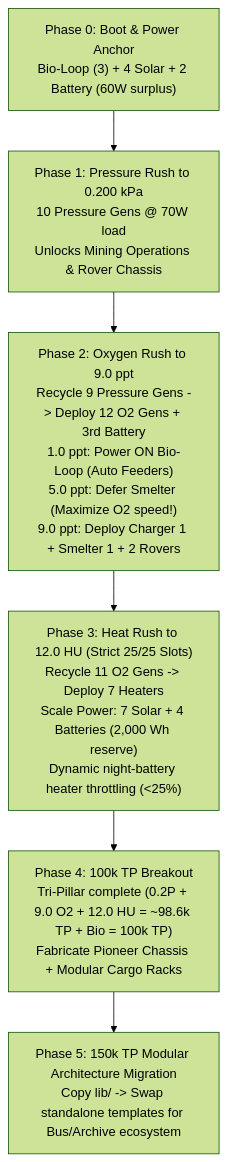
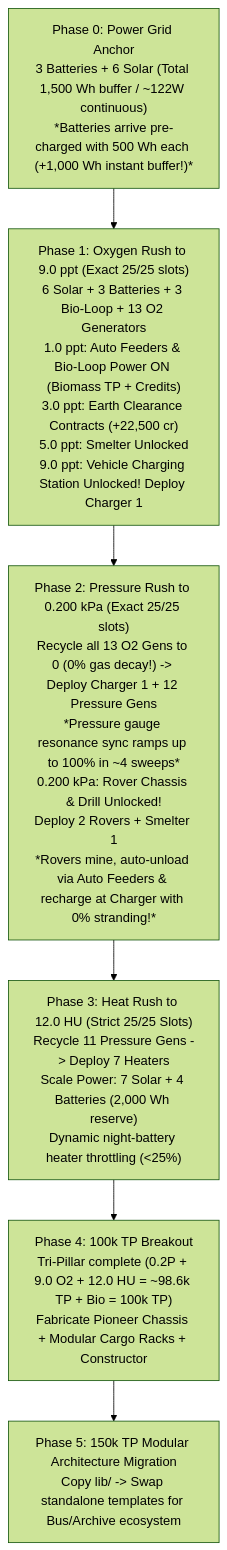
Before and after one commit to crazy-daddy/code_terraform_vibe: the second of 2 diagrams in auto_walkthrough.md, drawn with Mermaid (forest theme). The commit also changed other lines of this file and 6 other files, not shown here.

````diff
--- a/auto_walkthrough.md
+++ b/auto_walkthrough.md
@@ -55,11 +67,11 @@
 ```mermaid
 flowchart TD
-    Phase0["Phase 0: Boot & Power Anchor<br/>Bio-Loop (3) + 4 Solar + 2 Battery (60W surplus)"]
-    Phase1["Phase 1: Pressure Rush to 0.200 kPa<br/>10 Pressure Gens @ 70W load<br/>Unlocks Mining Operations & Rover Chassis"]
-    Phase2["Phase 2: Oxygen Rush to 9.0 ppt<br/>Recycle 9 Pressure Gens -> Deploy 12 O2 Gens + 3rd Battery<br/>1.0 ppt: Power ON Bio-Loop (Auto Feeders)<br/>5.0 ppt: Defer Smelter (Maximize O2 speed!)<br/>9.0 ppt: Deploy Charger 1 + Smelter 1 + 2 Rovers"]
-    Phase3["Phase 3: Heat Rush to 12.0 HU (Strict 25/25 Slots)<br/>Recycle 11 O2 Gens -> Deploy 7 Heaters<br/>Scale Power: 7 Solar + 4 Batteries (2,000 Wh reserve)<br/>Dynamic night-battery heater throttling (<25%)"]
-    Phase4["Phase 4: 100k TP Breakout<br/>Tri-Pillar complete (0.2P + 9.0 O2 + 12.0 HU = ~98.6k TP + Bio = 100k TP)<br/>Fabricate Pioneer Chassis + Modular Cargo Racks"]
+    Phase0["Phase 0: Power Grid Anchor<br/>3 Batteries + 6 Solar (Total 1,500 Wh buffer / ~122W continuous)<br/>*Batteries arrive pre-charged with 500 Wh each (+1,000 Wh instant buffer!)*"]
+    Phase1["Phase 1: Oxygen Rush to 9.0 ppt (Exact 25/25 slots)<br/>6 Solar + 3 Batteries + 3 Bio-Loop + 13 O2 Generators<br/>1.0 ppt: Auto Feeders & Bio-Loop Power ON (Biomass TP + Credits)<br/>3.0 ppt: Earth Clearance Contracts (+22,500 cr)<br/>5.0 ppt: Smelter Unlocked<br/>9.0 ppt: Vehicle Charging Station Unlocked! Deploy Charger 1"]
+    Phase2["Phase 2: Pressure Rush to 0.200 kPa (Exact 25/25 slots)<br/>Recycle all 13 O2 Gens to 0 (0% gas decay!) -> Deploy Charger 1 + 12 Pressure Gens<br/>*Pressure gauge resonance sync ramps up to 100% in ~4 sweeps*<br/>0.200 kPa: Rover Chassis & Drill Unlocked!<br/>Deploy 2 Rovers + Smelter 1<br/>*Rovers mine, auto-unload via Auto Feeders & recharge at Charger with 0% stranding!*"]
+    Phase3["Phase 3: Heat Rush to 12.0 HU (Strict 25/25 Slots)<br/>Recycle 11 Pressure Gens -> Deploy 7 Heaters<br/>Scale Power: 7 Solar + 4 Batteries (2,000 Wh reserve)<br/>Dynamic night-battery heater throttling (<25%)"]
+    Phase4["Phase 4: 100k TP Breakout<br/>Tri-Pillar complete (0.2P + 9.0 O2 + 12.0 HU = ~98.6k TP + Bio = 100k TP)<br/>Fabricate Pioneer Chassis + Modular Cargo Racks + Constructor"]
     Phase5["Phase 5: 150k TP Modular Architecture Migration<br/>Copy lib/ -> Swap standalone templates for Bus/Archive ecosystem"]
 
     Phase0 --> Phase1 --> Phase2 --> Phase3 --> Phase4 --> Phase5
 ```
````
